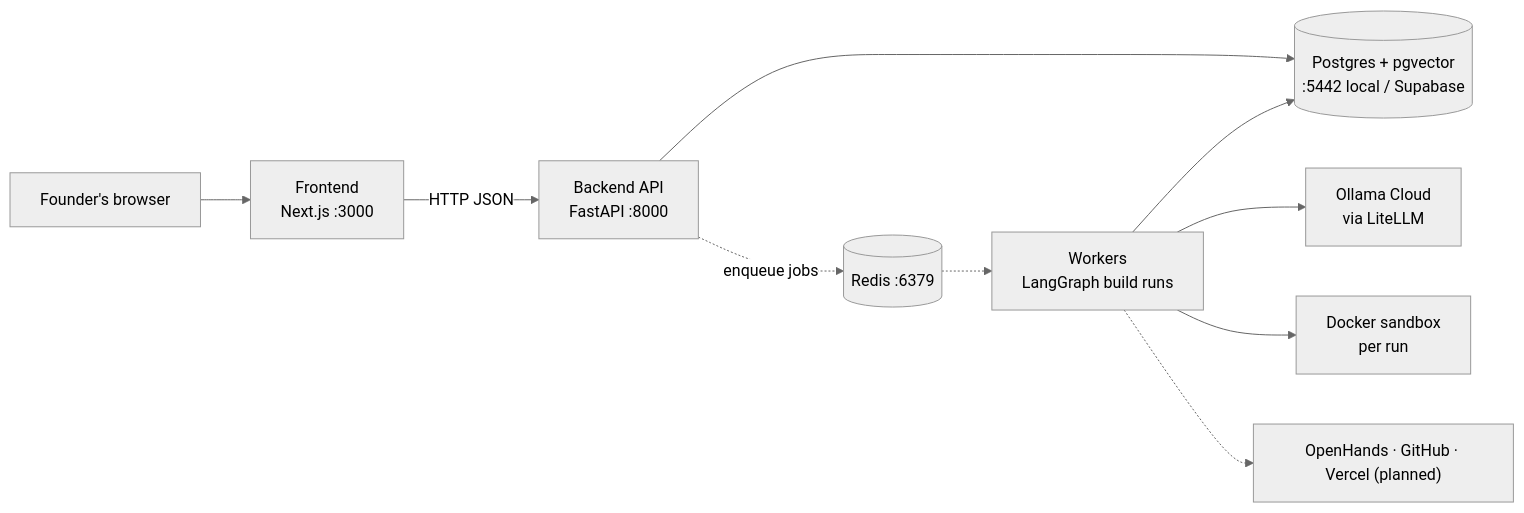
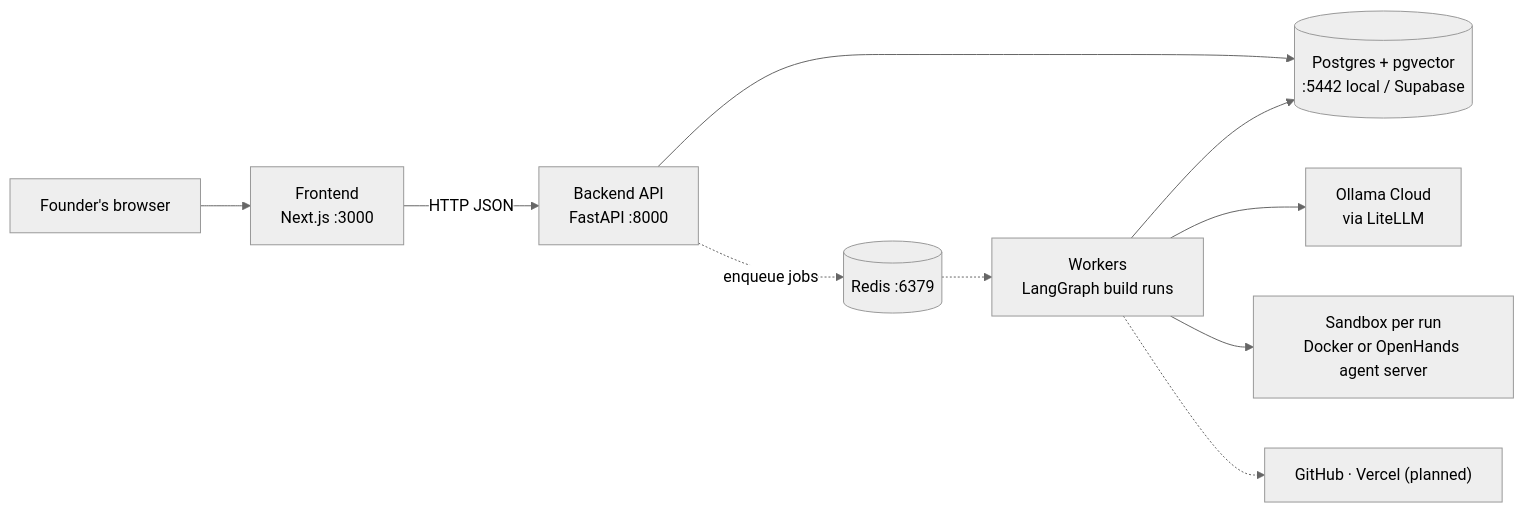
One commit to medhalabs/MedhKarm changed the first of 2 diagrams in docs/technical/overview.md. Above: the diagram before and after it, drawn with Mermaid (neutral theme). The commit also changed other lines of this file and 32 other files, not shown here.

````diff
--- a/docs/technical/overview.md
+++ b/docs/technical/overview.md
@@ -9,12 +9,12 @@
 ```mermaid
 flowchart LR
     Browser["Founder's browser"] --> FE["Frontend<br/>Next.js :3000"]
     FE -->|HTTP JSON| API["Backend API<br/>FastAPI :8000"]
     API --> DB[("Postgres + pgvector<br/>:5442 local / Supabase")]
     API -.->|enqueue jobs| Redis[("Redis :6379")]
     Redis -.-> Worker["Workers<br/>LangGraph build runs"]
     Worker --> DB
     Worker --> Ollama["Ollama Cloud<br/>via LiteLLM"]
-    Worker --> Sandbox["Docker sandbox<br/>per run"]
-    Worker -.-> Ext["OpenHands · GitHub · Vercel (planned)"]
+    Worker --> Sandbox["Sandbox per run<br/>Docker or OpenHands agent server"]
+    Worker -.-> Ext["GitHub · Vercel (planned)"]
 ```
````
